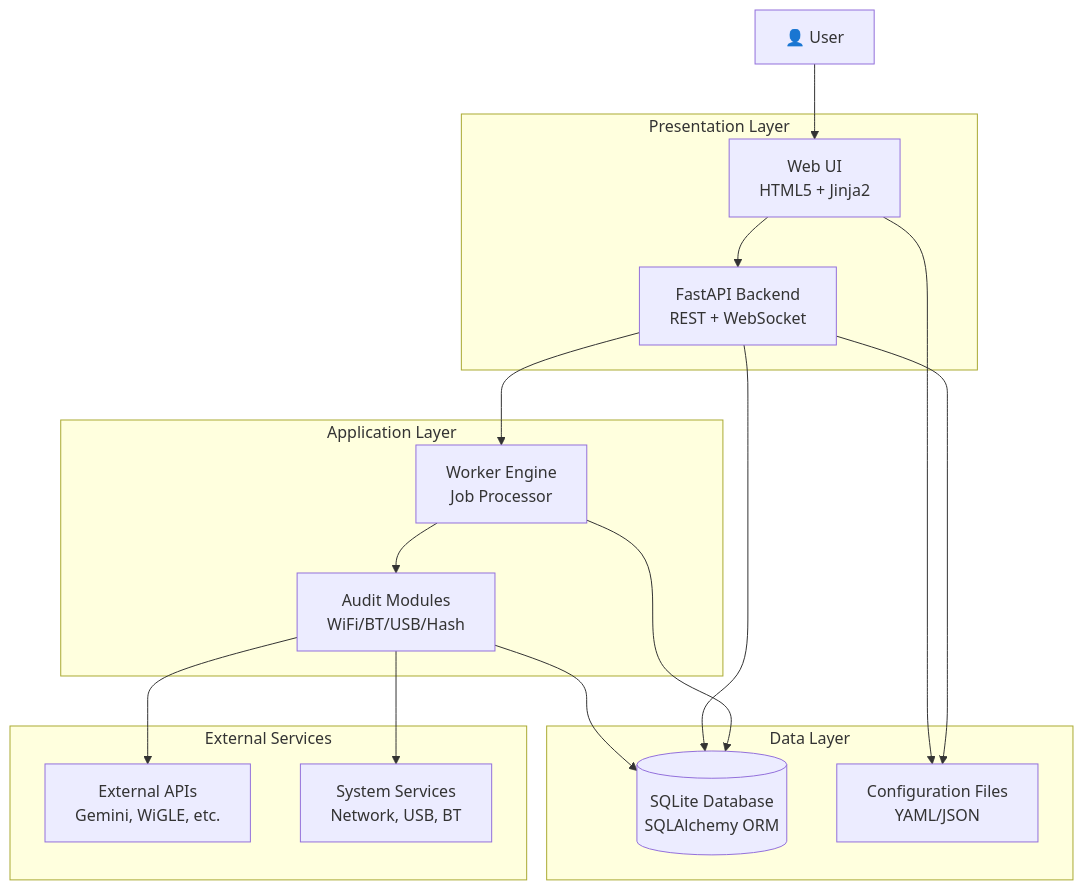
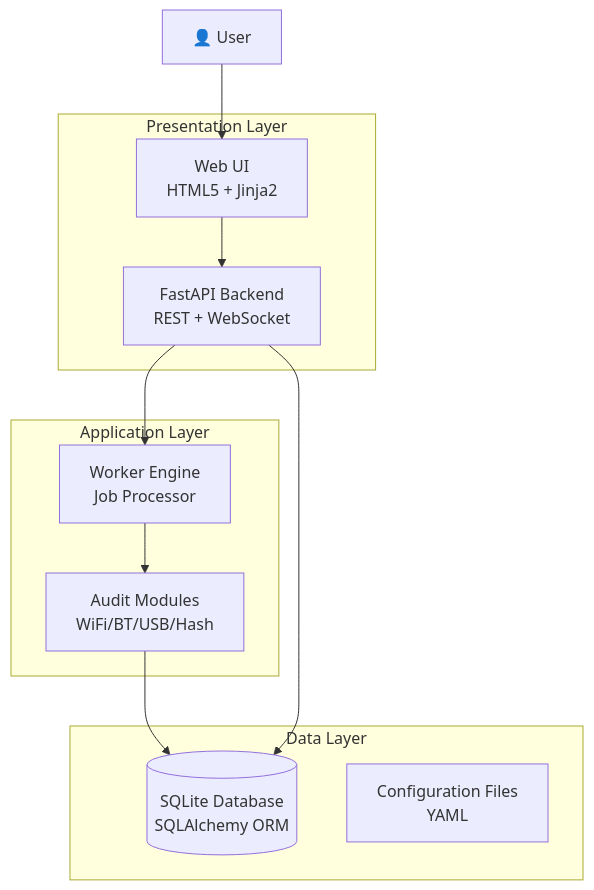
Before and after one commit to yonrasgg/Subzero-Blackbox: the diagram in README.md, drawn with Mermaid. The commit also changed other lines of this file, not shown here.

````diff
--- a/README.md
+++ b/README.md
@@ -71,34 +62,24 @@
 ```mermaid
 graph TB
     subgraph "Presentation Layer"
         UI[Web UI<br/>HTML5 + Jinja2]
         API[FastAPI Backend<br/>REST + WebSocket]
     end
 
     subgraph "Application Layer"
         Worker[Worker Engine<br/>Job Processor]
         Modules[Audit Modules<br/>WiFi/BT/USB/Hash]
     end
 
     subgraph "Data Layer"
         DB[(SQLite Database<br/>SQLAlchemy ORM)]
-        Config[Configuration Files<br/>YAML/JSON]
-    end
-
-    subgraph "External Services"
-        ExtAPI[External APIs<br/>Gemini, WiGLE, etc.]
-        System[System Services<br/>Network, USB, BT]
+        Config[Configuration Files<br/>YAML]
     end
 
     User[👤 User] --> UI
     UI --> API
     API --> Worker
     Worker --> Modules
     Modules --> DB
-    Modules --> ExtAPI
-    Modules --> System
     API --> DB
-    Worker --> DB
-    UI --> Config
-    API --> Config
 ```
````
